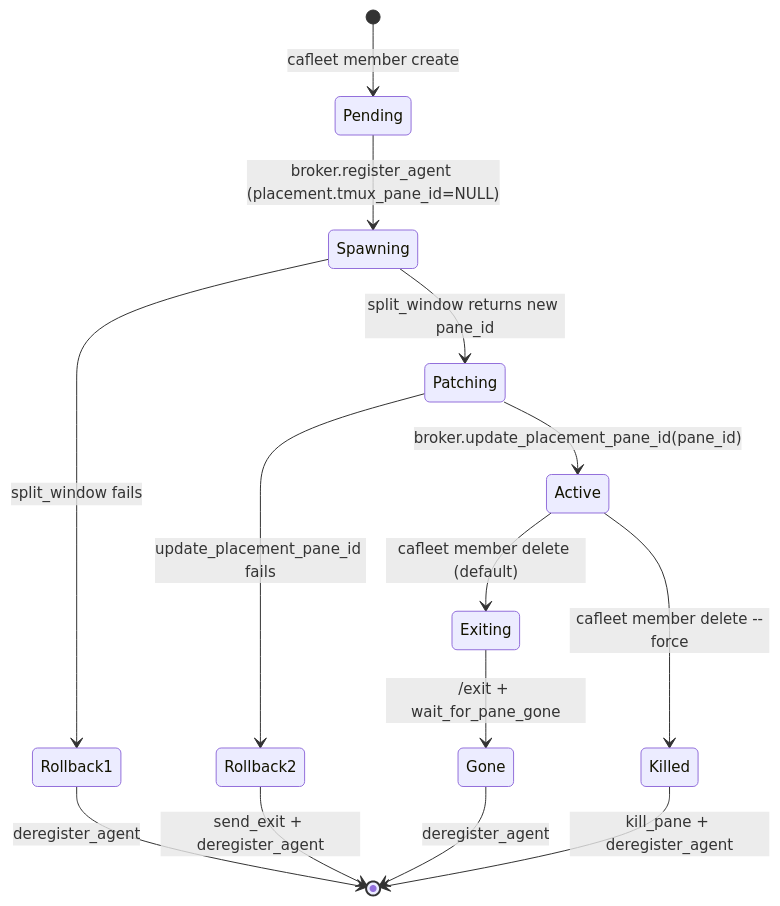
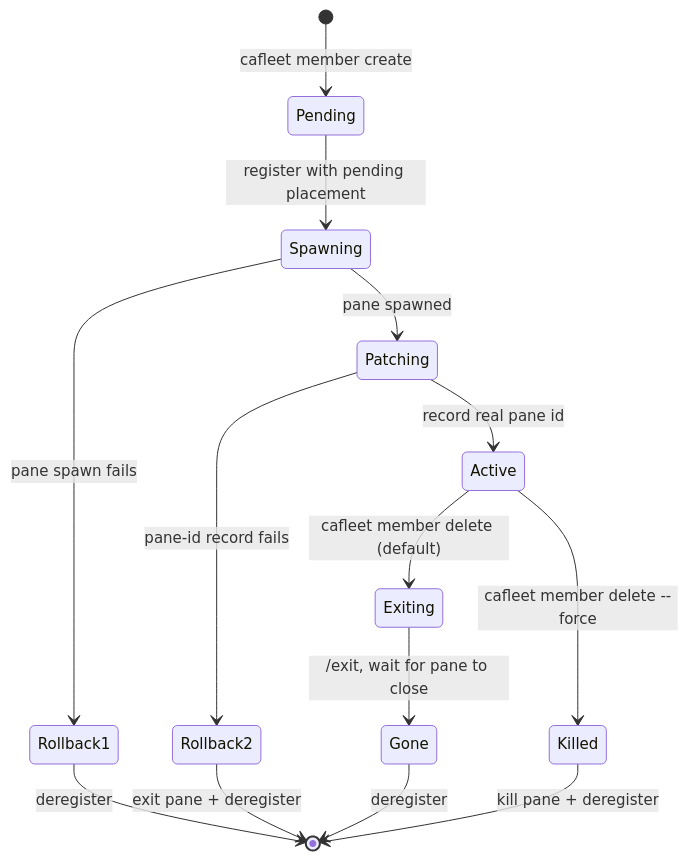
The diagram in docs/concepts/member-lifecycle.md (himkt/cafleet), drawn with Mermaid before and after one commit. The commit also changed other lines of this file and 8 other files, not shown here.

````diff
--- a/docs/concepts/member-lifecycle.md
+++ b/docs/concepts/member-lifecycle.md
@@ -27,20 +26,20 @@
 ```mermaid
 %%{init: {'theme': 'default', 'themeVariables': {'fontSize': '15px'}}}%%
 stateDiagram-v2
     [*] --> Pending: cafleet member create
-    Pending --> Spawning: broker.register_agent (placement.tmux_pane_id=NULL)
-    Spawning --> Patching: split_window returns new pane_id
-    Patching --> Active: broker.update_placement_pane_id(pane_id)
+    Pending --> Spawning: register with pending placement
+    Spawning --> Patching: pane spawned
+    Patching --> Active: record real pane id
 
-    Spawning --> Rollback1: split_window fails
-    Patching --> Rollback2: update_placement_pane_id fails
-    Rollback1 --> [*]: deregister_agent
-    Rollback2 --> [*]: send_exit + deregister_agent
+    Spawning --> Rollback1: pane spawn fails
+    Patching --> Rollback2: pane-id record fails
+    Rollback1 --> [*]: deregister
+    Rollback2 --> [*]: exit pane + deregister
 
     Active --> Exiting: cafleet member delete (default)
-    Exiting --> Gone: /exit + wait_for_pane_gone
-    Gone --> [*]: deregister_agent
+    Exiting --> Gone: /exit, wait for pane to close
+    Gone --> [*]: deregister
 
     Active --> Killed: cafleet member delete --force
-    Killed --> [*]: kill_pane + deregister_agent
+    Killed --> [*]: kill pane + deregister
 ```
````
